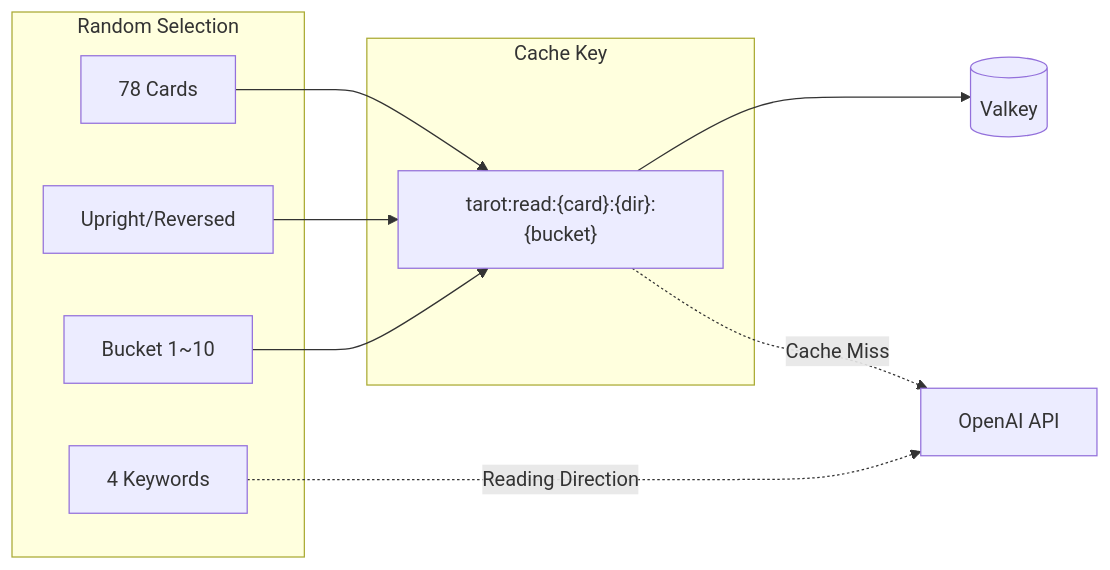
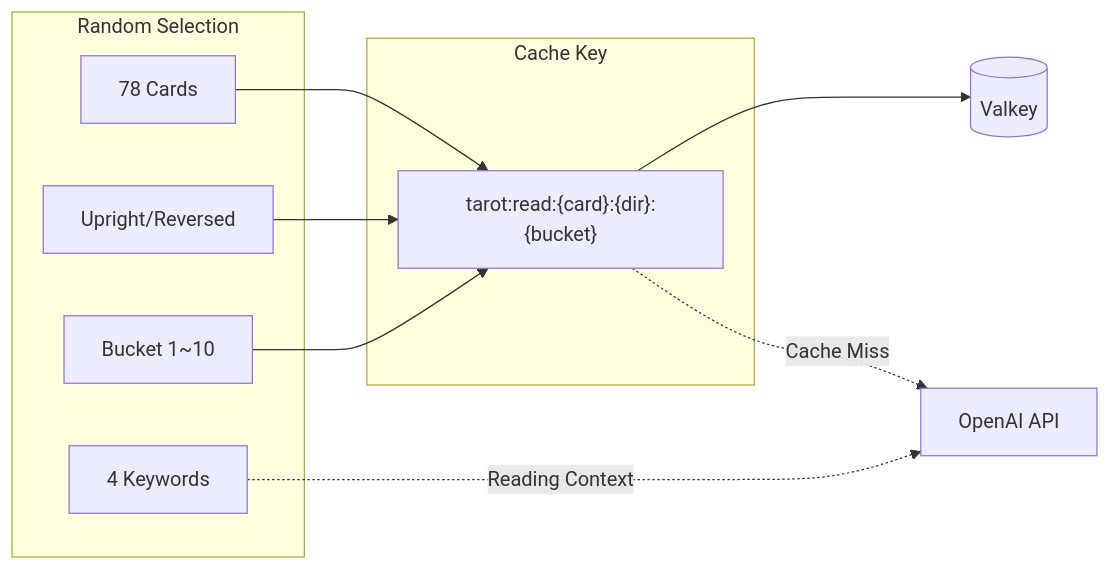
The first of 3 diagrams in src/content/blog/tarot-deep-dive/en.md (mandacode-labs/mandacode-devs), drawn with Mermaid before and after one commit. The commit also changed other lines of this file and 28 other files, not shown here.

````diff
--- a/src/content/blog/tarot-deep-dive/en.md
+++ b/src/content/blog/tarot-deep-dive/en.md
@@ -36,22 +34,21 @@
 ```mermaid
 flowchart LR
     subgraph RandomSelect["Random Selection"]
         Card[78 Cards]
         Dir[Upright/Reversed]
         Bucket[Bucket 1~10]
         Keywords[4 Keywords]
     end
 
     subgraph CacheKey["Cache Key"]
         Key["tarot:read:{card}:{dir}:{bucket}"]
     end
 
     Card --> Key
     Dir --> Key
     Bucket --> Key
 
     Key --> Valkey[(Valkey)]
     Key -.->|Cache Miss| OpenAI[OpenAI API]
-    Keywords -.->|Reading Direction| OpenAI
-
+    Keywords -.->|Reading Context| OpenAI
 ```
````
